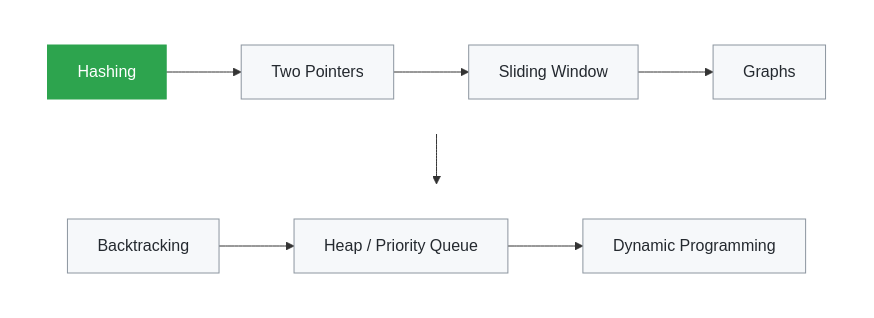
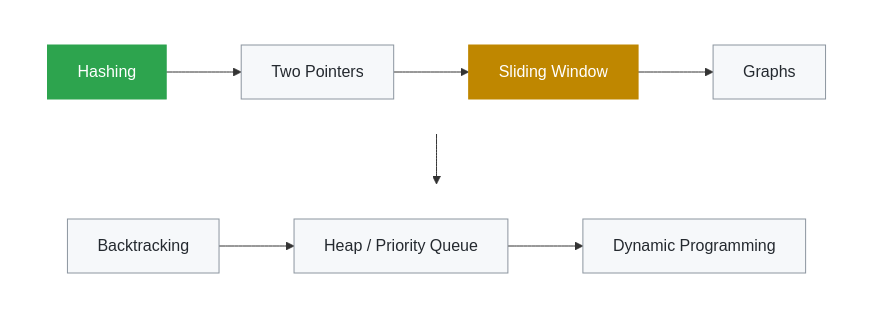
One commit to yuviyashu/java-dsa-patterns changed the diagram in README.md. Above: the diagram before and after it, drawn with Mermaid. The commit also changed other lines of this file and 2 other files, not shown here.

````diff
--- a/README.md
+++ b/README.md
@@ -16,19 +16,20 @@
 ```mermaid
 flowchart TB
     subgraph row1 [" "]
         direction LR
         A[Hashing] --> B[Two Pointers] --> C[Sliding Window] --> D[Graphs]
     end
     subgraph row2 [" "]
         direction LR
         E[Backtracking] --> F[Heap / Priority Queue] --> G[Dynamic Programming]
     end
     row1 --> row2
     style row1 fill:none,stroke:none
     style row2 fill:none,stroke:none
     classDef done fill:#2da44e,color:#fff,stroke:#2da44e
     classDef inprogress fill:#bf8700,color:#fff,stroke:#bf8700
     classDef next fill:#f6f8fa,color:#24292f,stroke:#8c959f
     class A done
-    class B,C,D,E,F,G next
+    class C inprogress
+    class B,D,E,F,G next
 ```
````
